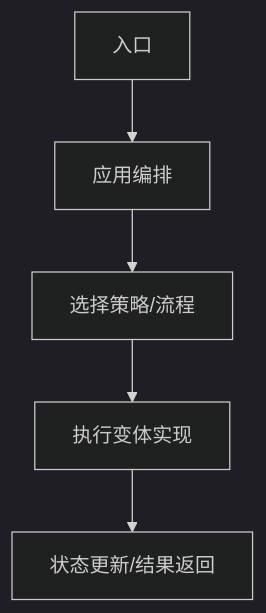
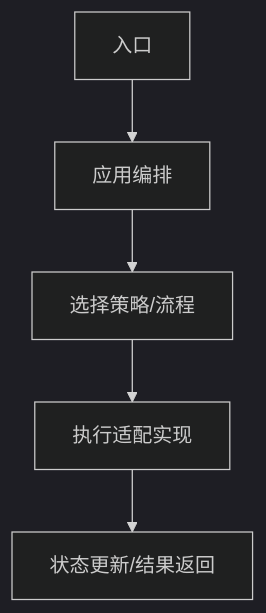
One commit to nauyiq/fons4ai changed the second of 2 diagrams in fons4ai-sdd/skills/fons4ai-domain-knowledge-modeling/references/domain-technical-template.md. Above: the diagram before and after it, drawn with Mermaid (dark theme). The commit also changed other lines of this file and 44 other files, not shown here.

````diff
--- a/fons4ai-sdd/skills/fons4ai-domain-knowledge-modeling/references/domain-technical-template.md
+++ b/fons4ai-sdd/skills/fons4ai-domain-knowledge-modeling/references/domain-technical-template.md
@@ -66,7 +66,7 @@
 ```mermaid
 flowchart TD
     A["入口"] --> B["应用编排"]
     B --> C["选择策略/流程"]
-    C --> D["执行变体实现"]
+    C --> D["执行适配实现"]
     D --> E["状态更新/结果返回"]
 ```
````
